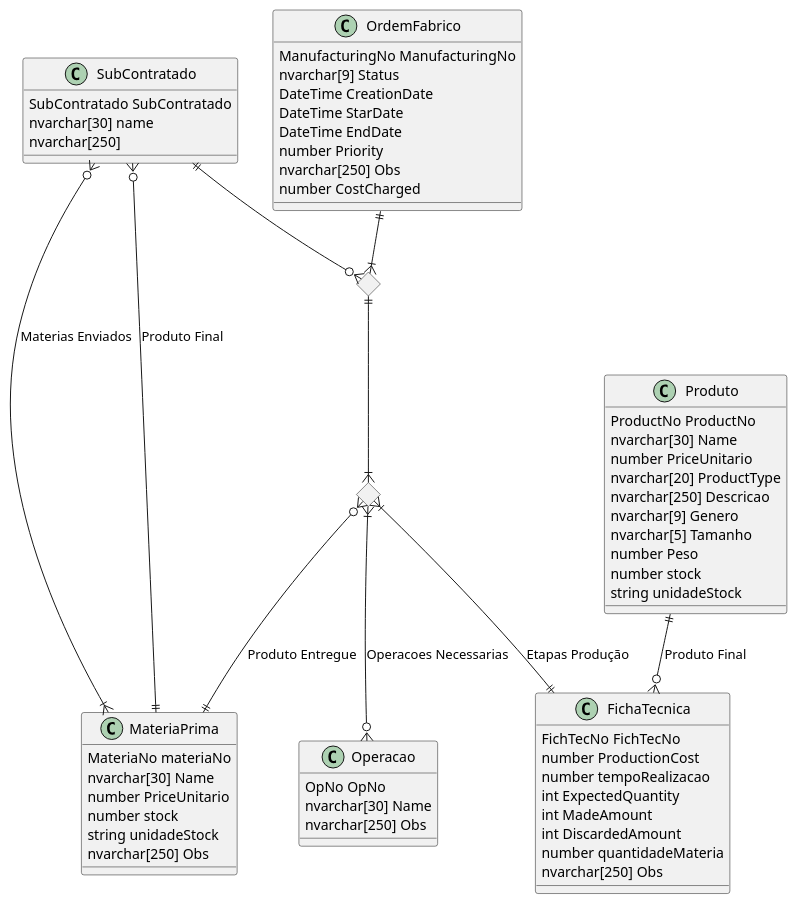
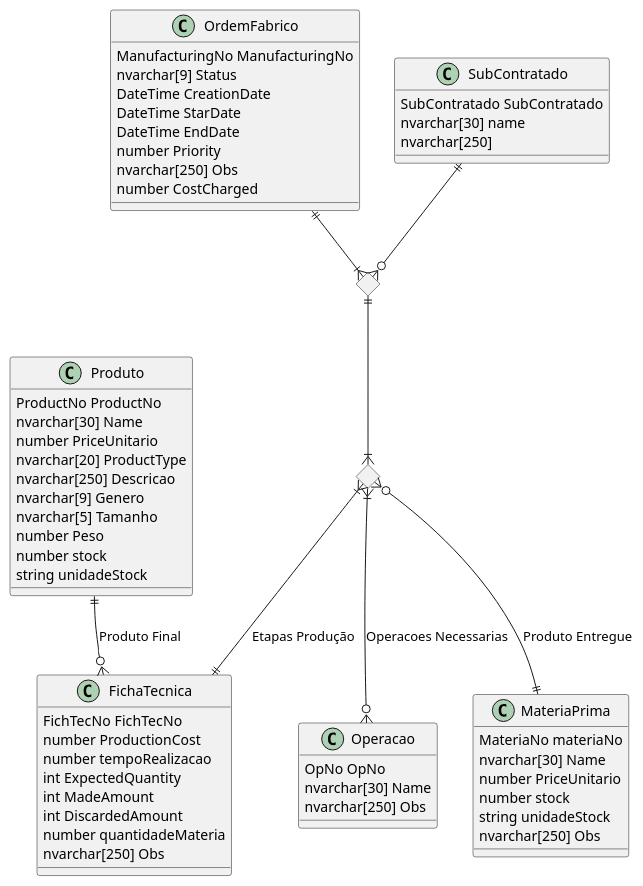
One commit to Arturito2005/TrabalhoBD changed the diagram in Concetual/TabelasAtributos/AtributoNovos.plantuml. Above: the diagram before and after it, drawn with PlantUML. The commit also changed 1 other file, not shown here.

```diff
--- a/Concetual/TabelasAtributos/AtributoNovos.plantuml
+++ b/Concetual/TabelasAtributos/AtributoNovos.plantuml
@@ -1,86 +1,81 @@
 @startuml tableBD
 
 
 class OrdemFabrico {
     ManufacturingNo ManufacturingNo
     nvarchar[9] Status 
     DateTime CreationDate
     DateTime StarDate
     DateTime EndDate
     number Priority
     nvarchar[250] Obs
     number CostCharged
 }   
 
 class Produto {
     ProductNo ProductNo
     nvarchar[30] Name 
     number PriceUnitario 
     nvarchar[20] ProductType
     nvarchar[250] Descricao
     nvarchar[9] Genero
     nvarchar[5] Tamanho
     number Peso
     number stock 
     string unidadeStock
 }
 
 class MateriaPrima {
     MateriaNo materiaNo
     nvarchar[30] Name 
     number PriceUnitario
     number stock 
     string unidadeStock
     nvarchar[250] Obs
 }
 
 class FichaTecnica {
     FichTecNo FichTecNo 
     number ProductionCost
     number tempoRealizacao                       
     int ExpectedQuantity
     int MadeAmount
     int DiscardedAmount
     number quantidadeMateria  
     nvarchar[250] Obs
 }
 
 class Operacao {
     OpNo OpNo
     nvarchar[30] Name 
     nvarchar[250] Obs
 }
 
 class SubContratado {
     SubContratado SubContratado
     nvarchar[30] name
     nvarchar[250]
 }
 
 <> EtapaProducao
 
 <> EtapasOrdem
 
 /'
 Relacionamento Etapa Producao
 '/
 EtapaProducao }|--|| FichaTecnica: Etapas Produção
 EtapaProducao }|--o{ Operacao: Operacoes Necessarias
 EtapaProducao }o--|| MateriaPrima: Produto Entregue
 
 SubContratado ||--o{ EtapasOrdem
 EtapasOrdem ||--|{ EtapaProducao
 OrdemFabrico ||--|{ EtapasOrdem
 
 /'
 Relacionamentos do Produto
 '/
 Produto ||--o{ FichaTecnica: Produto Final
 
 
-/'
-Relacionamento SubContrato
-'/
-SubContratado }o--|| MateriaPrima: Produto Final
-SubContratado }o--|{ MateriaPrima: Materias Enviados
 @enduml
```
